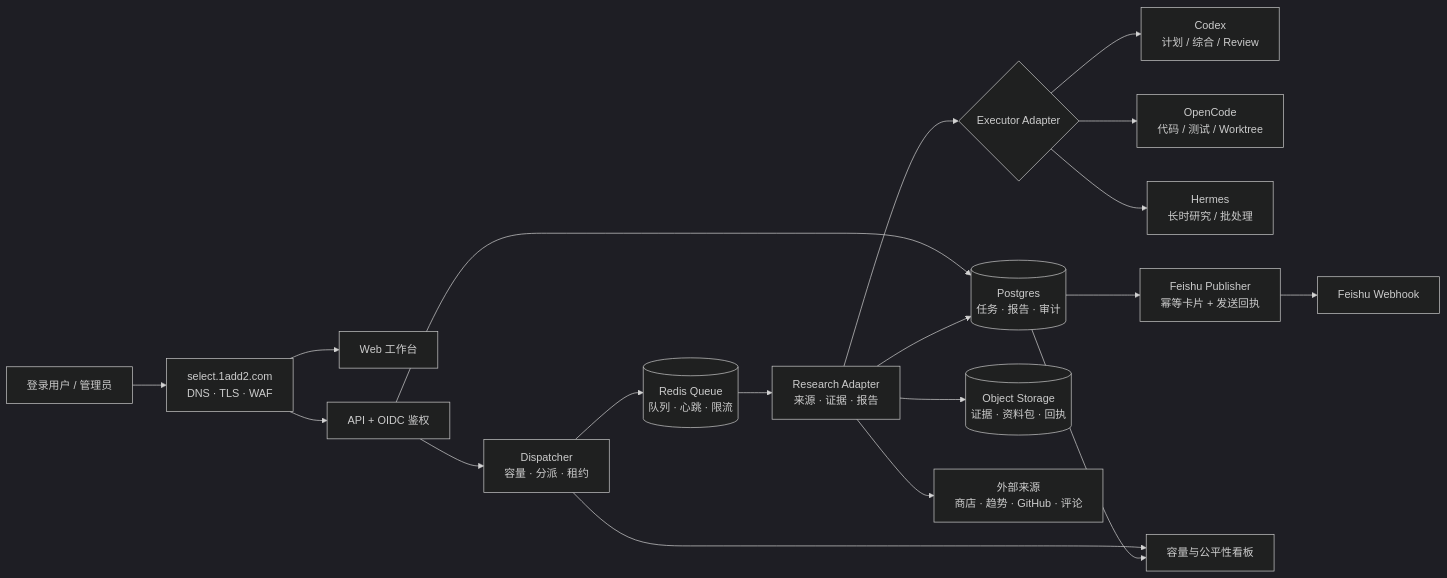
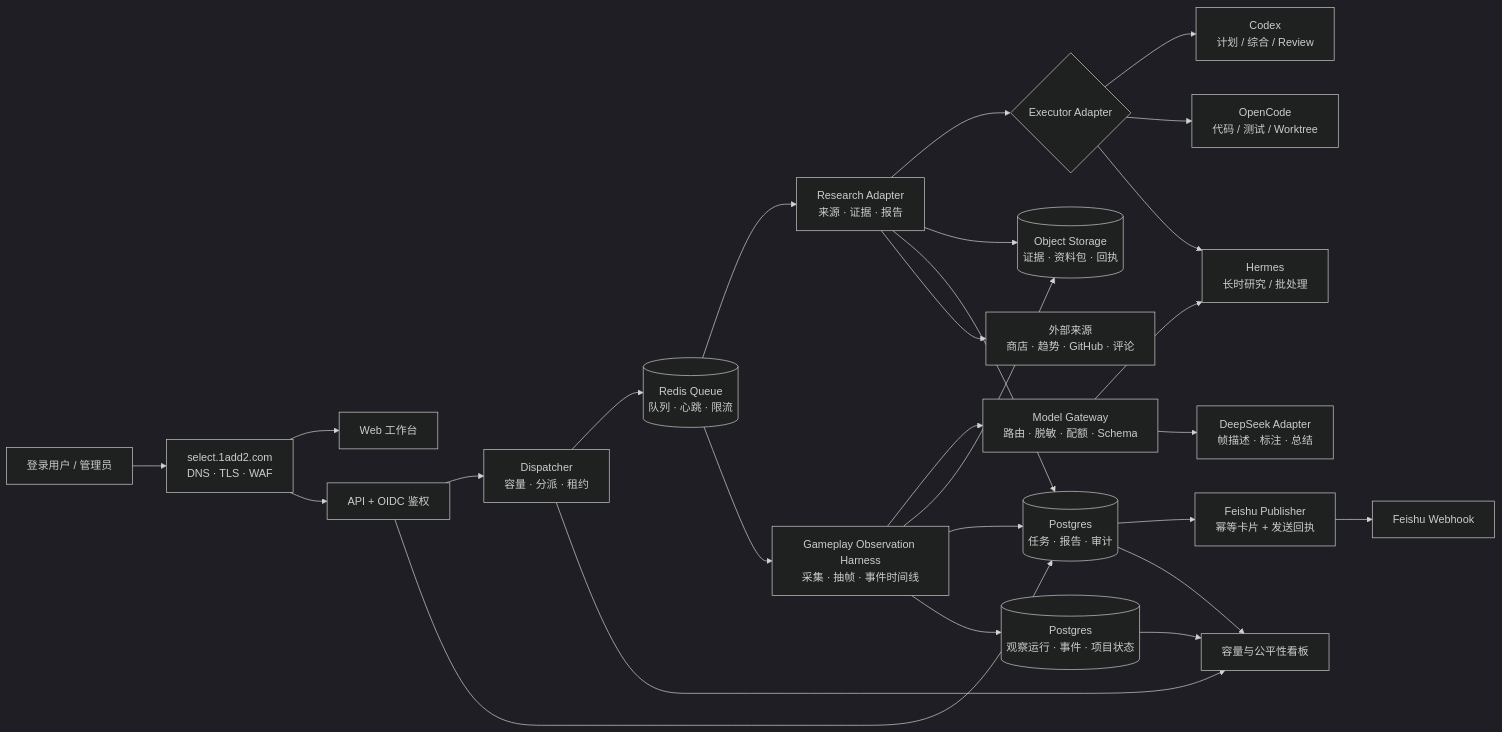
Before and after one commit to ElevenZhou/manfen-selection-workbench: the diagram in docs/architecture-v2.mmd, drawn with Mermaid (dark theme). The commit also changed 10 other files, not shown here.

Commit message:
docs: add gameplay-first harness architecture

```diff
--- a/docs/architecture-v2.mmd
+++ b/docs/architecture-v2.mmd
@@ -1,19 +1,27 @@
 flowchart LR
   U[登录用户 / 管理员] --> E[select.1add2.com<br/>DNS · TLS · WAF]
   E --> W[Web 工作台]
   E --> A[API + OIDC 鉴权]
   A --> D[Dispatcher<br/>容量 · 分派 · 租约]
   A --> T[(Postgres<br/>任务 · 报告 · 审计)]
   D --> Q[(Redis Queue<br/>队列 · 心跳 · 限流)]
   Q --> R[Research Adapter<br/>来源 · 证据 · 报告]
+  Q --> G[Gameplay Observation Harness<br/>采集 · 抽帧 · 事件时间线]
   R --> X{Executor Adapter}
   X --> C[Codex<br/>计划 / 综合 / Review]
   X --> O[OpenCode<br/>代码 / 测试 / Worktree]
   X --> H[Hermes<br/>长时研究 / 批处理]
+  G --> MG[Model Gateway<br/>路由 · 脱敏 · 配额 · Schema]
+  MG --> H
+  MG --> DS[DeepSeek Adapter<br/>帧描述 · 标注 · 总结]
   R --> S[(Object Storage<br/>证据 · 资料包 · 回执)]
+  G --> S
   R --> T
+  G --> T
+  G --> GP[(Postgres<br/>观察运行 · 事件 · 项目状态)]
   T --> F[Feishu Publisher<br/>幂等卡片 + 发送回执]
   F --> L[Feishu Webhook]
   R --> M[外部来源<br/>商店 · 趋势 · GitHub · 评论]
   D --> V[容量与公平性看板]
   T --> V
+  GP --> V
```
